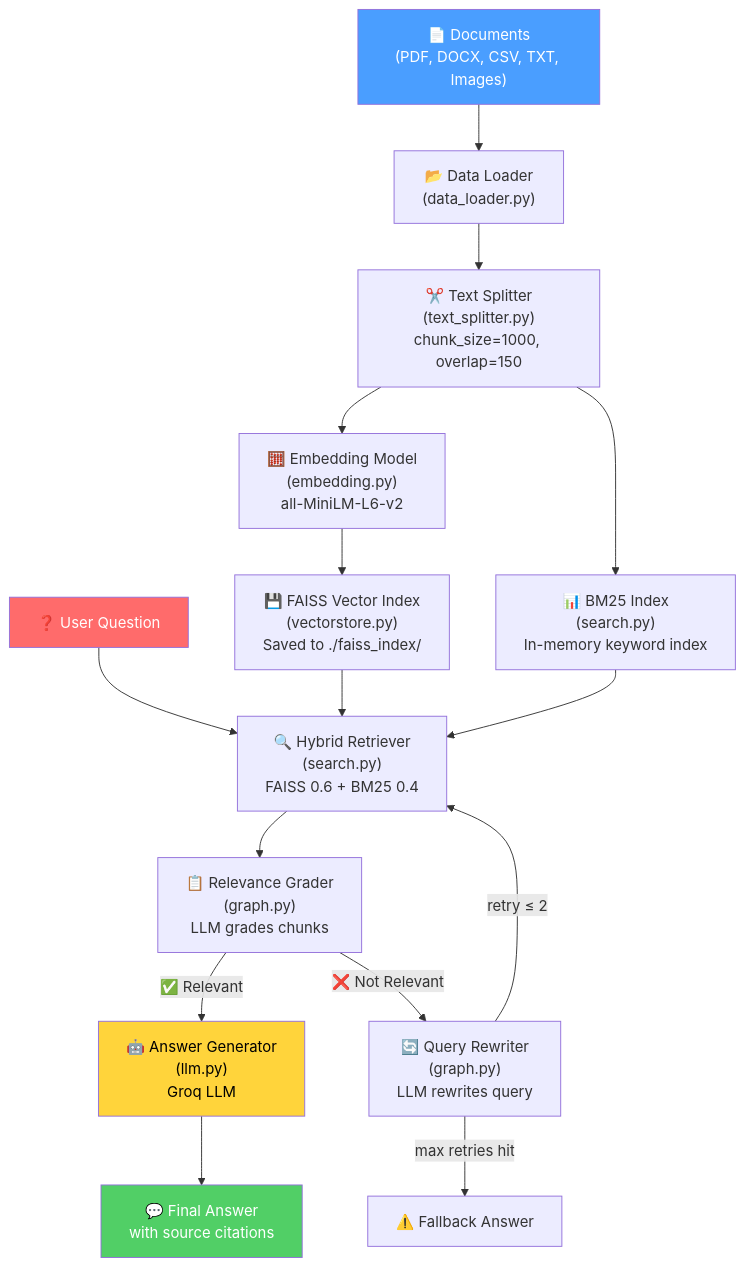
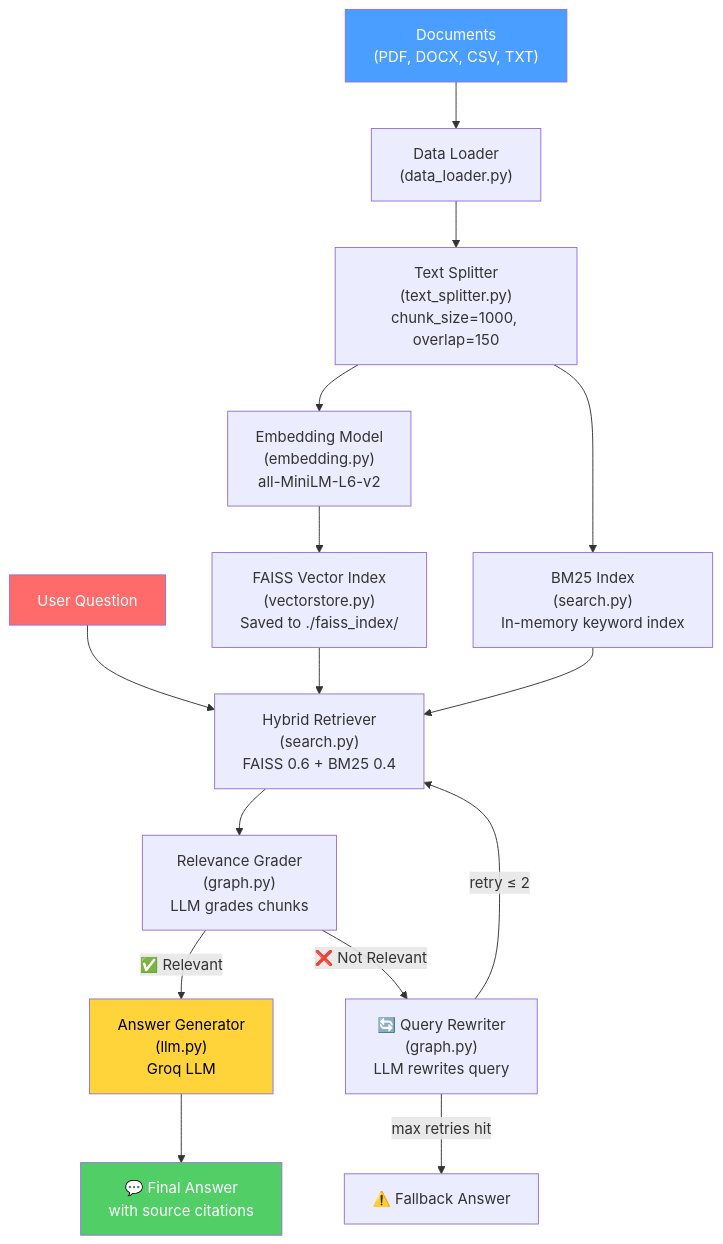
The second of 16 diagrams in README.md (killjoycircuit/rag), drawn with Mermaid before and after one commit. The commit also changed other lines of this file, not shown here.

````diff
--- a/README.md
+++ b/README.md
@@ -66,26 +66,26 @@
 ```mermaid
 graph TD
-    A["📄 Documents<br/>(PDF, DOCX, CSV, TXT, Images)"] --> B["📂 Data Loader<br/>(data_loader.py)"]
-    B --> C["✂️ Text Splitter<br/>(text_splitter.py)<br/>chunk_size=1000, overlap=150"]
-    C --> D["🧮 Embedding Model<br/>(embedding.py)<br/>all-MiniLM-L6-v2"]
-    C --> E["📊 BM25 Index<br/>(search.py)<br/>In-memory keyword index"]
-    D --> F["💾 FAISS Vector Index<br/>(vectorstore.py)<br/>Saved to ./faiss_index/"]
+    A["Documents<br/>(PDF, DOCX, CSV, TXT)"] --> B["Data Loader<br/>(data_loader.py)"]
+    B --> C["Text Splitter<br/>(text_splitter.py)<br/>chunk_size=1000, overlap=150"]
+    C --> D["Embedding Model<br/>(embedding.py)<br/>all-MiniLM-L6-v2"]
+    C --> E["BM25 Index<br/>(search.py)<br/>In-memory keyword index"]
+    D --> F["FAISS Vector Index<br/>(vectorstore.py)<br/>Saved to ./faiss_index/"]
 
-    G["❓ User Question"] --> H["🔍 Hybrid Retriever<br/>(search.py)<br/>FAISS 0.6 + BM25 0.4"]
+    G["User Question"] --> H["Hybrid Retriever<br/>(search.py)<br/>FAISS 0.6 + BM25 0.4"]
     F --> H
     E --> H
 
-    H --> I["📋 Relevance Grader<br/>(graph.py)<br/>LLM grades chunks"]
+    H --> I["Relevance Grader<br/>(graph.py)<br/>LLM grades chunks"]
 
-    I -->|"✅ Relevant"| J["🤖 Answer Generator<br/>(llm.py)<br/>Groq LLM"]
+    I -->|"✅ Relevant"| J["Answer Generator<br/>(llm.py)<br/>Groq LLM"]
     I -->|"❌ Not Relevant"| K["🔄 Query Rewriter<br/>(graph.py)<br/>LLM rewrites query"]
     K -->|"retry ≤ 2"| H
     K -->|"max retries hit"| L["⚠️ Fallback Answer"]
 
     J --> M["💬 Final Answer<br/>with source citations"]
 
     style A fill:#4a9eff,color:#fff
     style G fill:#ff6b6b,color:#fff
     style M fill:#51cf66,color:#fff
     style J fill:#ffd43b,color:#000
 ```
````
